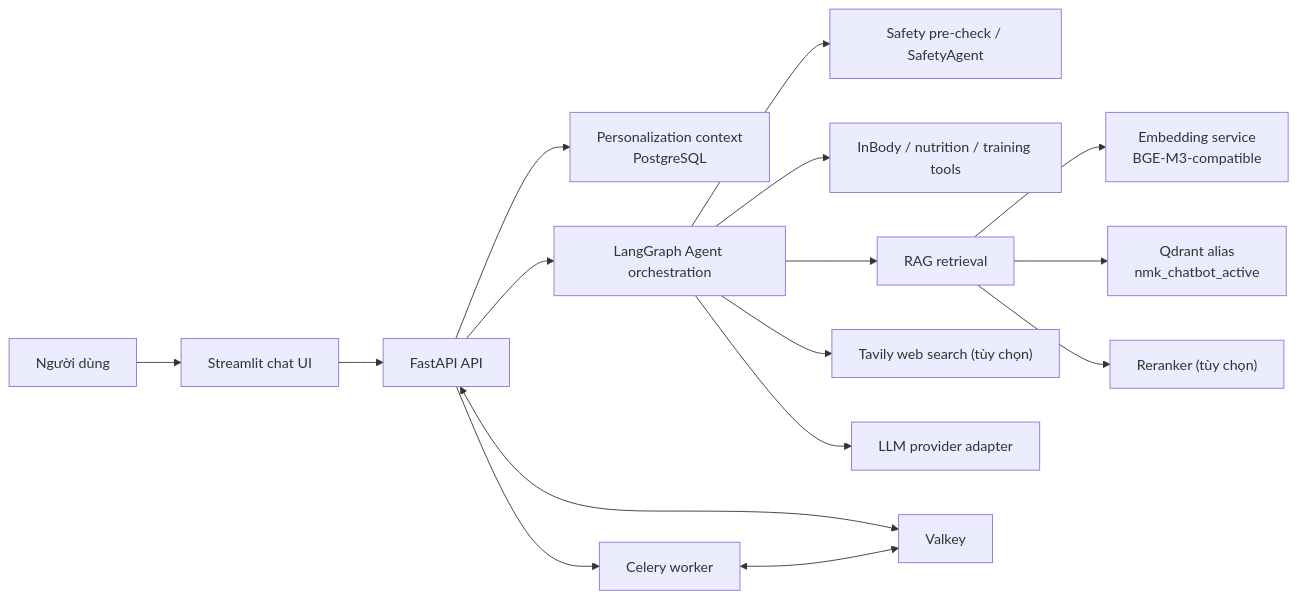
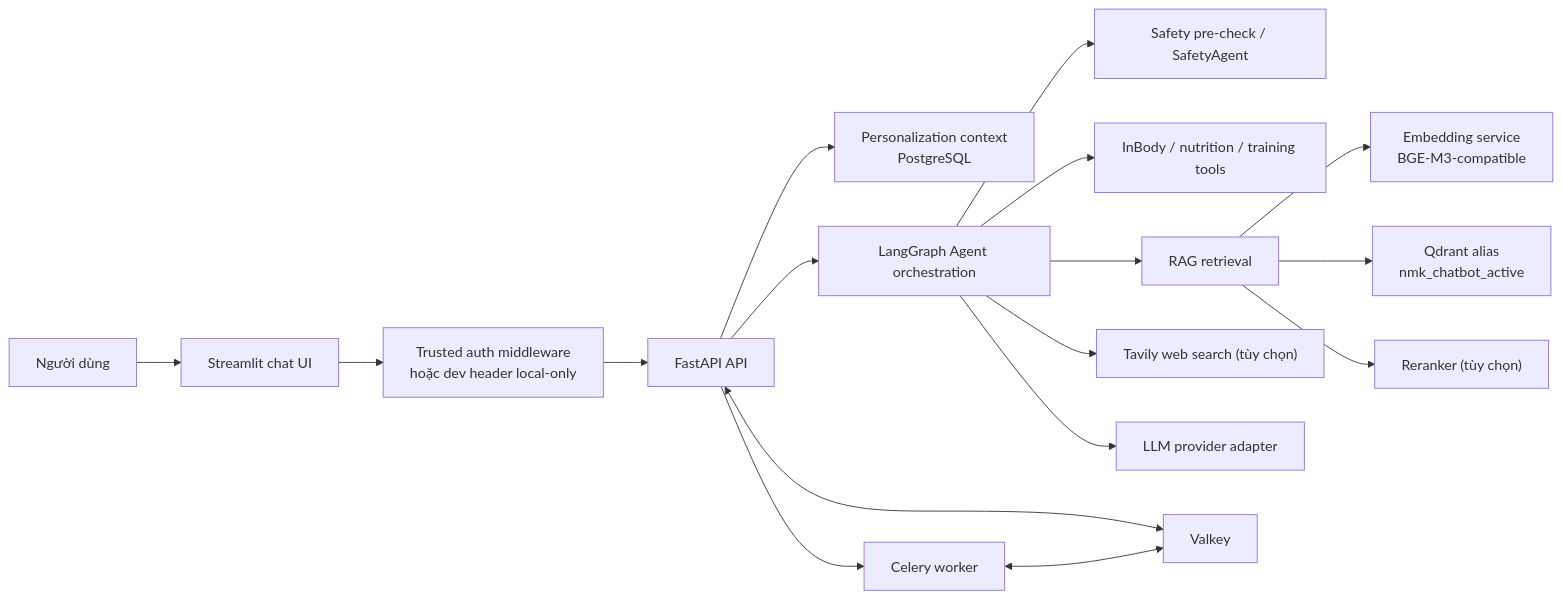
Before and after one commit to duonyyy/Health-InBody-Agent-RAG: the first of 5 diagrams in ARCH.MD, drawn with Mermaid. The commit also changed other lines of this file and 27 other files, not shown here.

Commit message:
docs: update system architecture, setup instructions, and roadmap documentation

````diff
--- a/ARCH.MD
+++ b/ARCH.MD
@@ -33,18 +33,19 @@
 ```mermaid
 flowchart LR
     U["Người dùng"] --> FE["Streamlit chat UI"]
-    FE --> API["FastAPI API"]
+    FE --> AUTH["Trusted auth middleware\nhoặc dev header local-only"]
+    AUTH --> API["FastAPI API"]
     API --> PC["Personalization context\nPostgreSQL"]
     API --> AG["LangGraph Agent orchestration"]
     AG --> SAFE["Safety pre-check / SafetyAgent"]
     AG --> TOOLS["InBody / nutrition / training tools"]
     AG --> RET["RAG retrieval"]
     AG --> WEB["Tavily web search (tùy chọn)"]
     RET --> EMB["Embedding service\nBGE-M3-compatible"]
     RET --> QD["Qdrant alias\nnmk_chatbot_active"]
     RET --> RR["Reranker (tùy chọn)"]
     AG --> LLM["LLM provider adapter"]
     API <--> V["Valkey"]
     API --> CW["Celery worker"]
     CW <--> V
 ```
````
